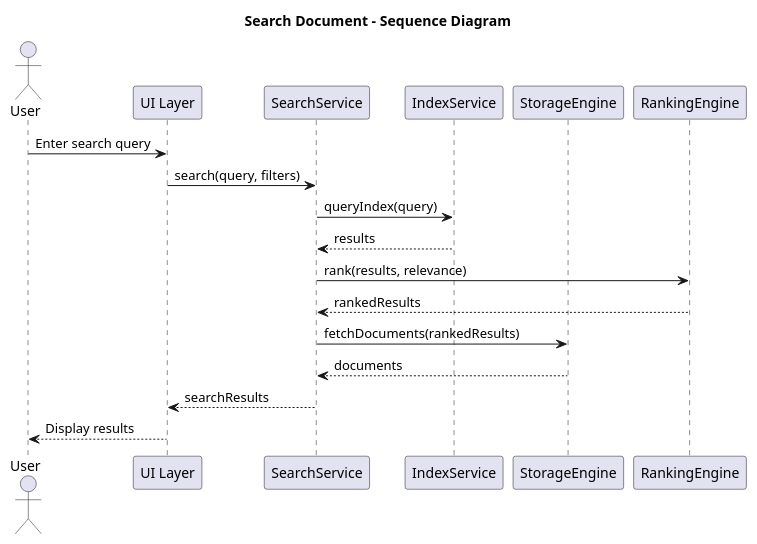
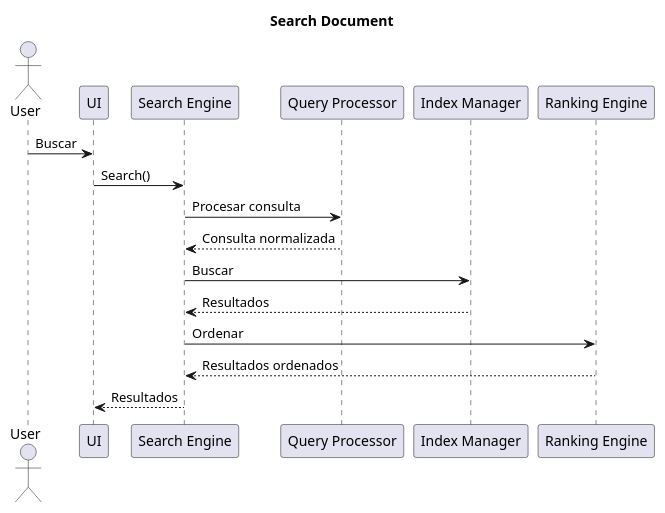
Before and after one commit to Sebailla/KnowledgeOS: the diagram in V-1/00-Architecture/UML/Sequence/SearchDocument.puml, drawn with PlantUML. The commit also changed 15 other files, not shown here.

Commit message:
feat(documentation): Update sequence diagrams and add detailed markdown descriptions for document operations

```diff
--- a/V-1/00-Architecture/UML/Sequence/SearchDocument.puml
+++ b/V-1/00-Architecture/UML/Sequence/SearchDocument.puml
@@ -1,22 +1,35 @@
 @startuml SearchDocument
-title Search Document - Sequence Diagram
+
+title Search Document
 
 actor User
-participant "UI Layer" as UI
-participant "SearchService" as Search
-participant "IndexService" as Index
-participant "StorageEngine" as Storage
-participant "RankingEngine" as Rank
 
-User -> UI : Enter search query
-UI -> Search : search(query, filters)
-Search -> Index : queryIndex(query)
-Index --> Search : results
-Search -> Rank : rank(results, relevance)
-Rank --> Search : rankedResults
-Search -> Storage : fetchDocuments(rankedResults)
-Storage --> Search : documents
-Search --> UI : searchResults
-UI --> User : Display results
+participant UI
+
+participant "Search Engine" as Search
+
+participant "Query Processor" as Query
+
+participant "Index Manager" as Index
+
+participant "Ranking Engine" as Ranking
+
+User -> UI : Buscar
+
+UI -> Search : Search()
+
+Search -> Query : Procesar consulta
+
+Query --> Search : Consulta normalizada
+
+Search -> Index : Buscar
+
+Index --> Search : Resultados
+
+Search -> Ranking : Ordenar
+
+Ranking --> Search : Resultados ordenados
+
+Search --> UI : Resultados
 
 @enduml
```
